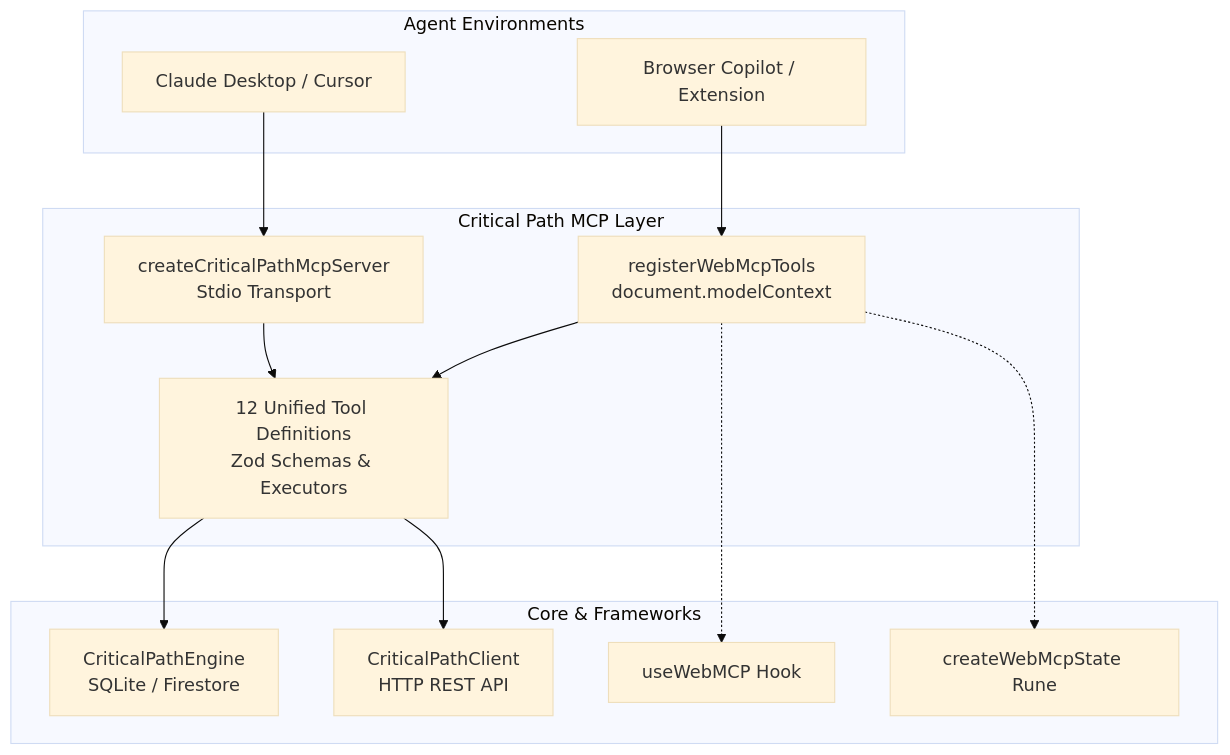
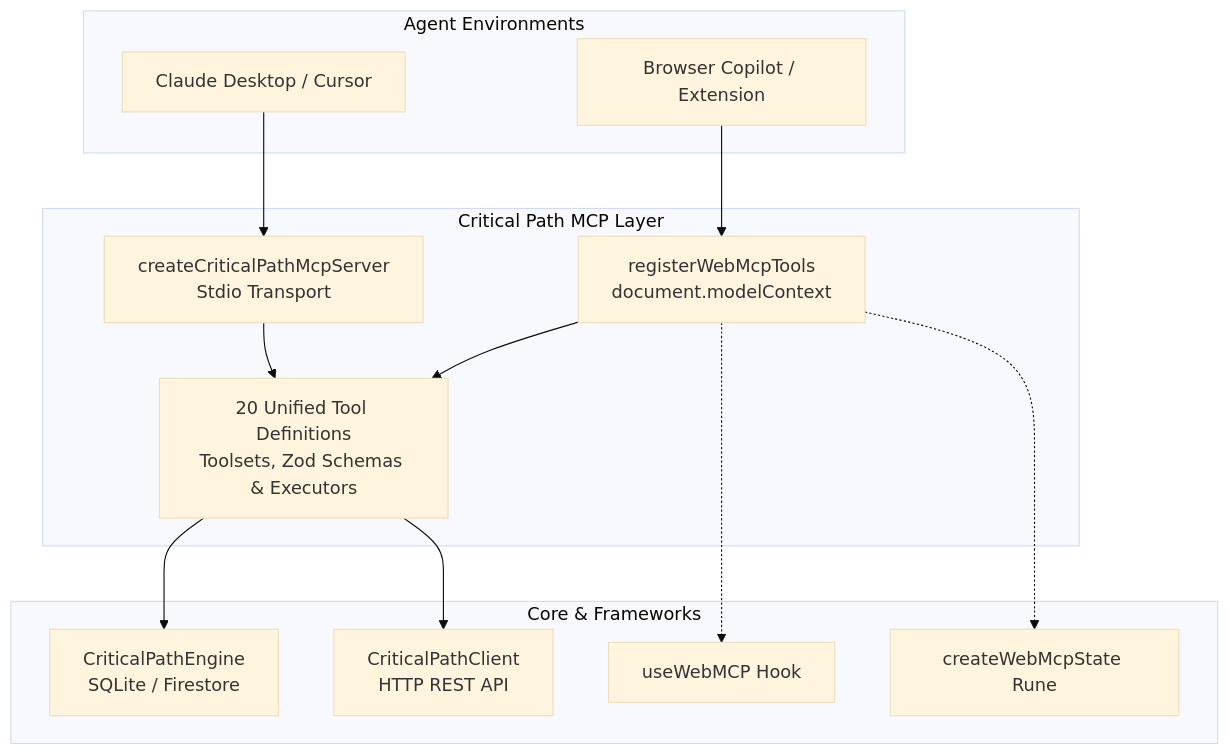
Before and after one commit to Pixerate/critical-path: the diagram in apps/docs/src/content/docs/mcp/overview.md, drawn with Mermaid (base theme). The commit also changed other lines of this file and 44 other files, not shown here.

First line of the commit message:
feat(mcp): agent tool discovery — toolsets, instructions, structured results and bundled skills

````diff
--- a/apps/docs/src/content/docs/mcp/overview.md
+++ b/apps/docs/src/content/docs/mcp/overview.md
@@ -17,32 +19,32 @@
 ```mermaid
 graph TD
   subgraph Agent Environments
     Claude[Claude Desktop / Cursor]
     BrowserAgent[Browser Copilot / Extension]
   end
 
   subgraph Critical Path MCP Layer
-    ToolDefs[12 Unified Tool Definitions<br/>Zod Schemas & Executors]
+    ToolDefs[20 Unified Tool Definitions<br/>Toolsets, Zod Schemas & Executors]
     StdioServer[createCriticalPathMcpServer<br/>Stdio Transport]
     WebMcp[registerWebMcpTools<br/>document.modelContext]
   end
 
   subgraph Core & Frameworks
     Engine[CriticalPathEngine<br/>SQLite / Firestore]
     Client[CriticalPathClient<br/>HTTP REST API]
     React[useWebMCP Hook]
     Svelte[createWebMcpState Rune]
   end
 
   Claude --> StdioServer
   BrowserAgent --> WebMcp
 
   StdioServer --> ToolDefs
   WebMcp --> ToolDefs
 
   ToolDefs --> Engine
   ToolDefs --> Client
 
   WebMcp -.-> React
   WebMcp -.-> Svelte
 ```
````
